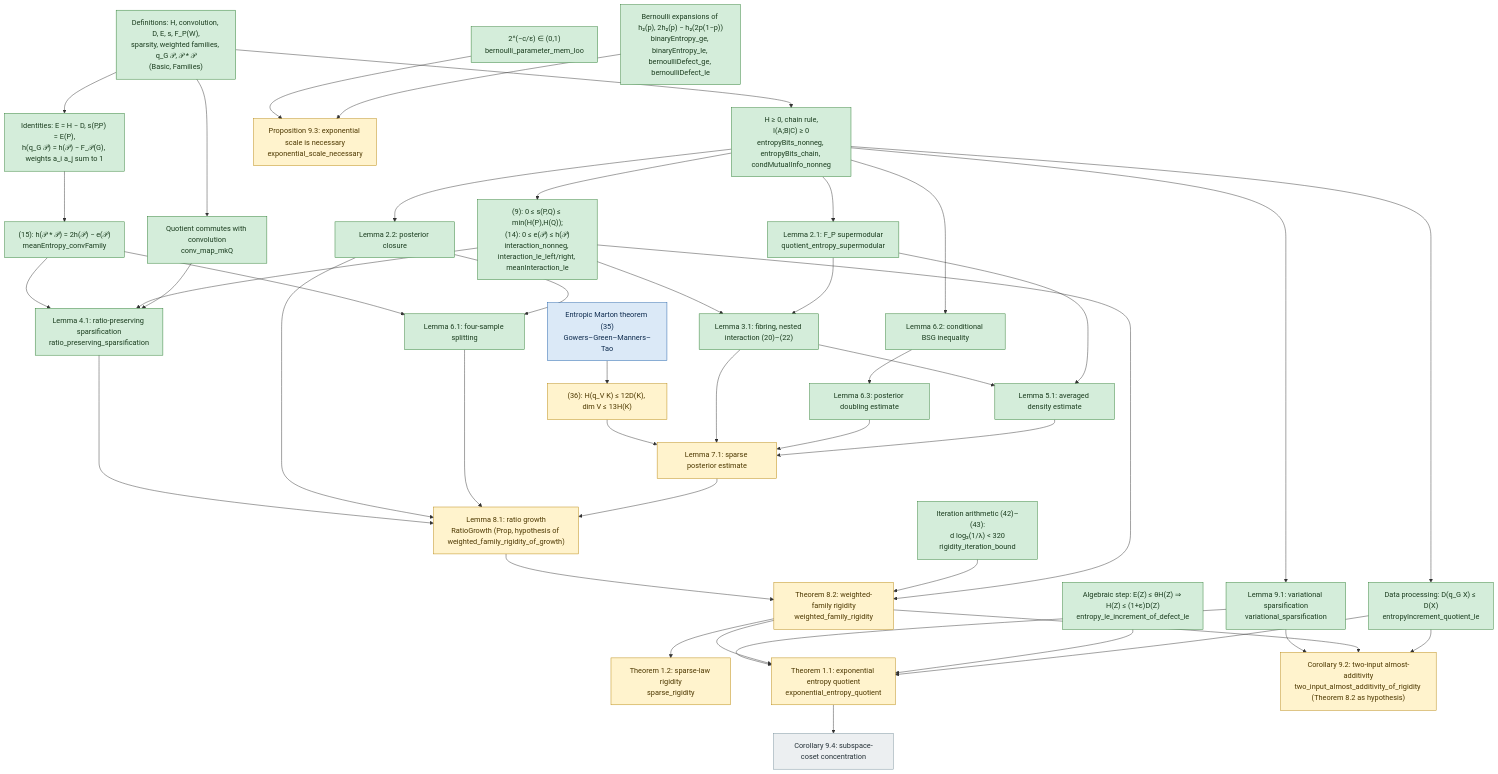
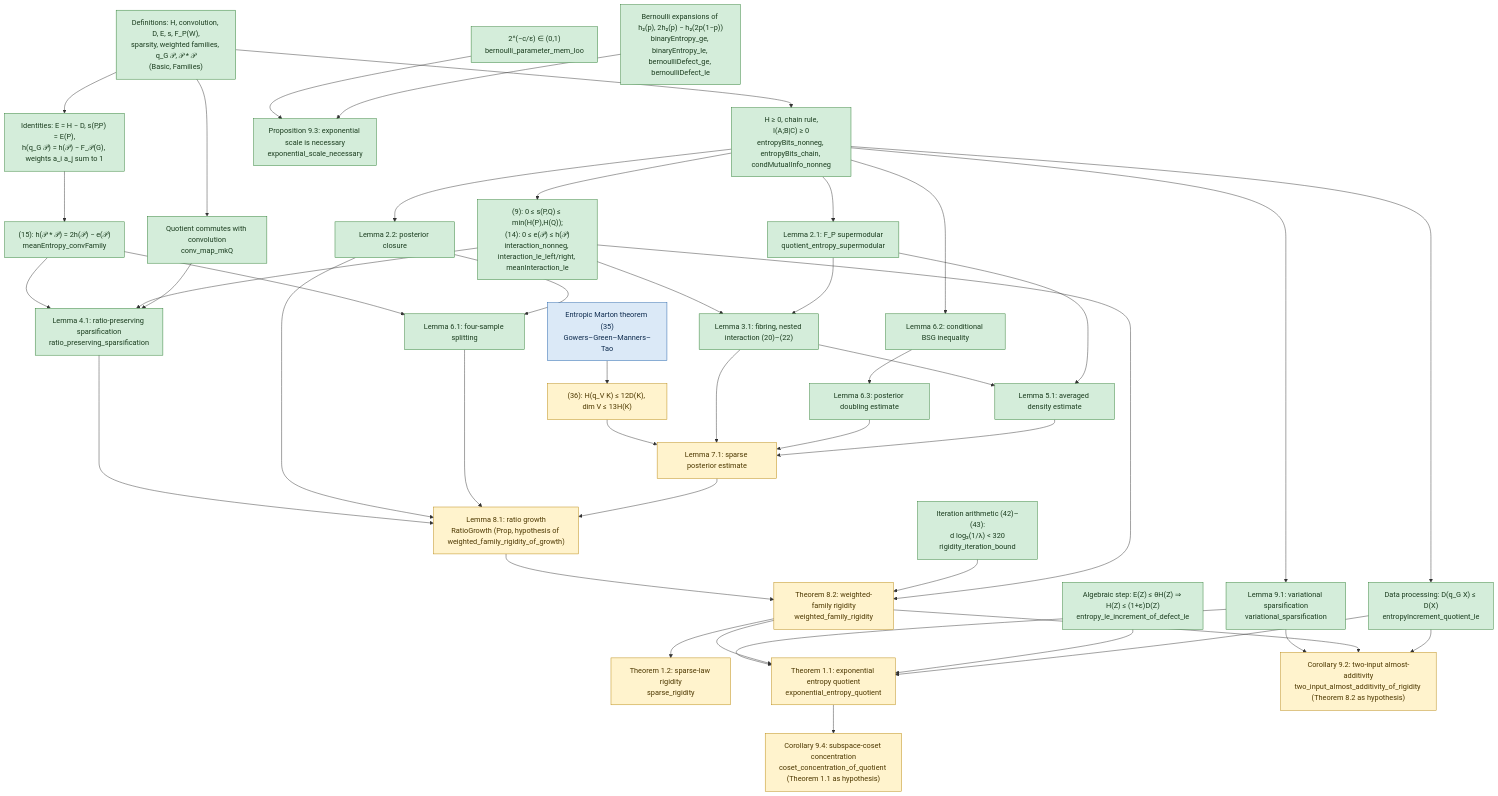
One commit to JosiahPark/entropy-quotients-lean changed the diagram in docs/DEPENDENCIES.md. Above: the diagram before and after it, drawn with Mermaid. The commit also changed 2 other files, not shown here.

Commit message:
formalize: E3c, F1, G1-G3 notes and ticks (CI green at a3d1d61, same Lean files as cfd43a4); tick E3b2, E3b, E3
ROADMAP: notes for E3c, F1, G1, G2, G3 (where the slack in 320 comes from), a note
on G4 (waits on B1), CI and tick for E3b2 (0f7ea55). docs/DEPENDENCIES.md: P93
proved, C94 stated (Theorem 1.1 as hypothesis). README: status (Proposition 9.3
proved) and next proof work.

```diff
--- a/docs/DEPENDENCIES.md
+++ b/docs/DEPENDENCIES.md
@@ -55,8 +55,8 @@
   T11["Theorem 1.1: exponential entropy quotient<br/>exponential_entropy_quotient"]:::stated
   C92["Corollary 9.2: two-input almost-additivity<br/>two_input_almost_additivity_of_rigidity (Theorem 8.2 as hypothesis)"]:::stated
   BEXP["Bernoulli expansions of h₂(p), 2h₂(p) − h₂(2p(1−p))<br/>binaryEntropy_ge, binaryEntropy_le, bernoulliDefect_ge, bernoulliDefect_le"]:::proved
-  P93["Proposition 9.3: exponential scale is necessary<br/>exponential_scale_necessary"]:::stated
-  C94["Corollary 9.4: subspace-coset concentration"]:::missing
+  P93["Proposition 9.3: exponential scale is necessary<br/>exponential_scale_necessary"]:::proved
+  C94["Corollary 9.4: subspace-coset concentration<br/>coset_concentration_of_quotient (Theorem 1.1 as hypothesis)"]:::stated
 
   DEF --> ID
   DEF --> NN
```
